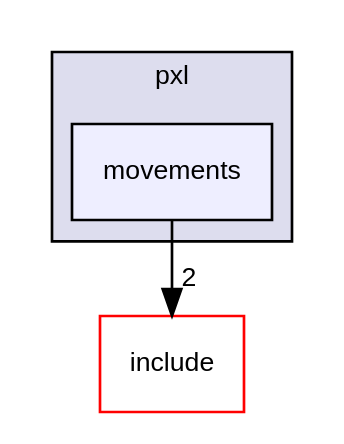
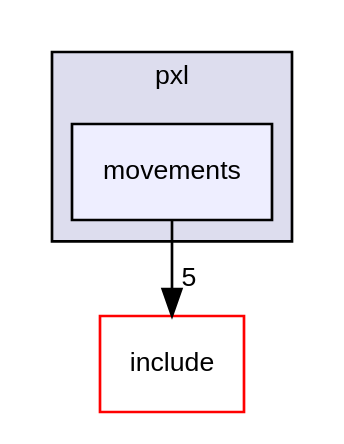
One commit to Pixel-Lib/Pixel changed the diagram in dir_da6b542a4b13fc055b1c444658d69961_dep.dot. Above: the diagram before and after it, drawn with Graphviz. The commit also changed 250 other files, not shown here.

```diff
--- a/dir_da6b542a4b13fc055b1c444658d69961_dep.dot
+++ b/dir_da6b542a4b13fc055b1c444658d69961_dep.dot
@@ -1,11 +1,11 @@
 digraph "src/pxl/movements" {
   compound=true
   node [ fontsize="10", fontname="Helvetica"];
   edge [ labelfontsize="10", labelfontname="Helvetica"];
   subgraph clusterdir_87a857eff530ad659c1a04633acb58d5 {
     graph [ bgcolor="#ddddee", pencolor="black", label="pxl" fontname="Helvetica", fontsize="10", URL="dir_87a857eff530ad659c1a04633acb58d5.html"]
   dir_da6b542a4b13fc055b1c444658d69961 [shape=box, label="movements", style="filled", fillcolor="#eeeeff", pencolor="black", URL="dir_da6b542a4b13fc055b1c444658d69961.html"];
   }
   dir_d44c64559bbebec7f509842c48db8b23 [shape=box label="include" fillcolor="white" style="filled" color="red" URL="dir_d44c64559bbebec7f509842c48db8b23.html"];
-  dir_da6b542a4b13fc055b1c444658d69961->dir_d44c64559bbebec7f509842c48db8b23 [headlabel="2", labeldistance=1.5 headhref="dir_000007_000000.html"];
+  dir_da6b542a4b13fc055b1c444658d69961->dir_d44c64559bbebec7f509842c48db8b23 [headlabel="5", labeldistance=1.5 headhref="dir_000007_000000.html"];
 }
```
